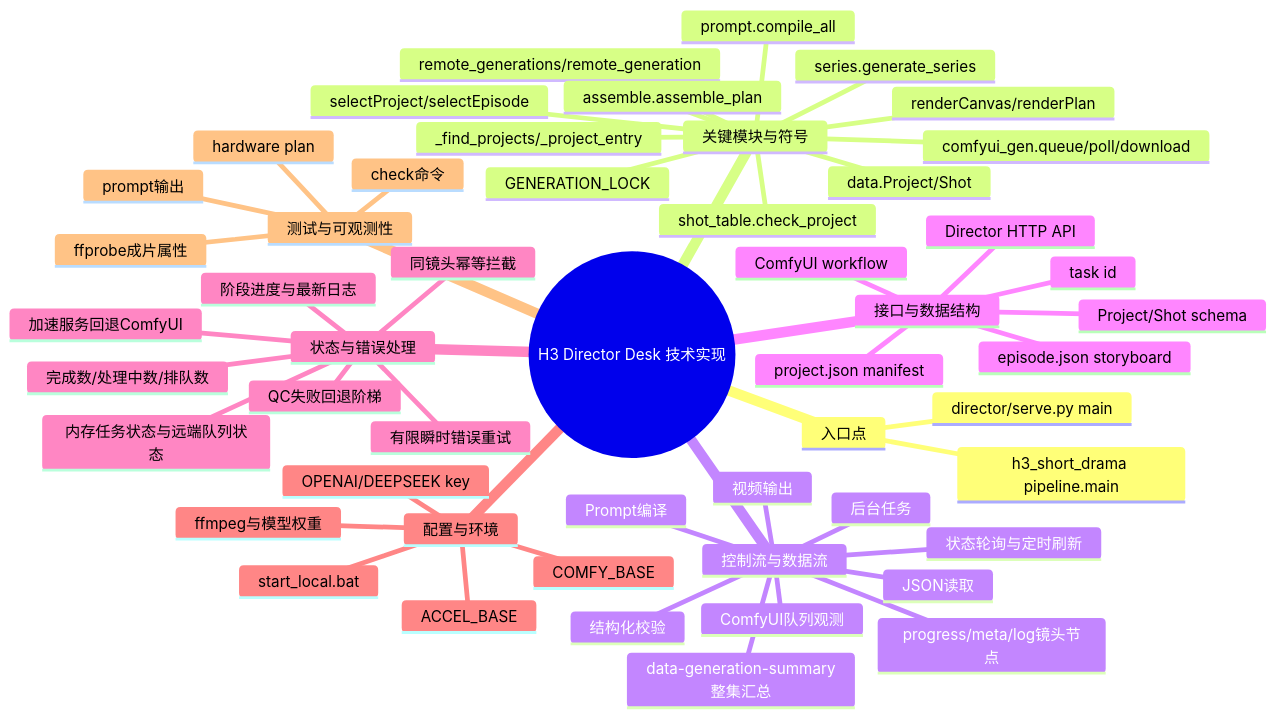
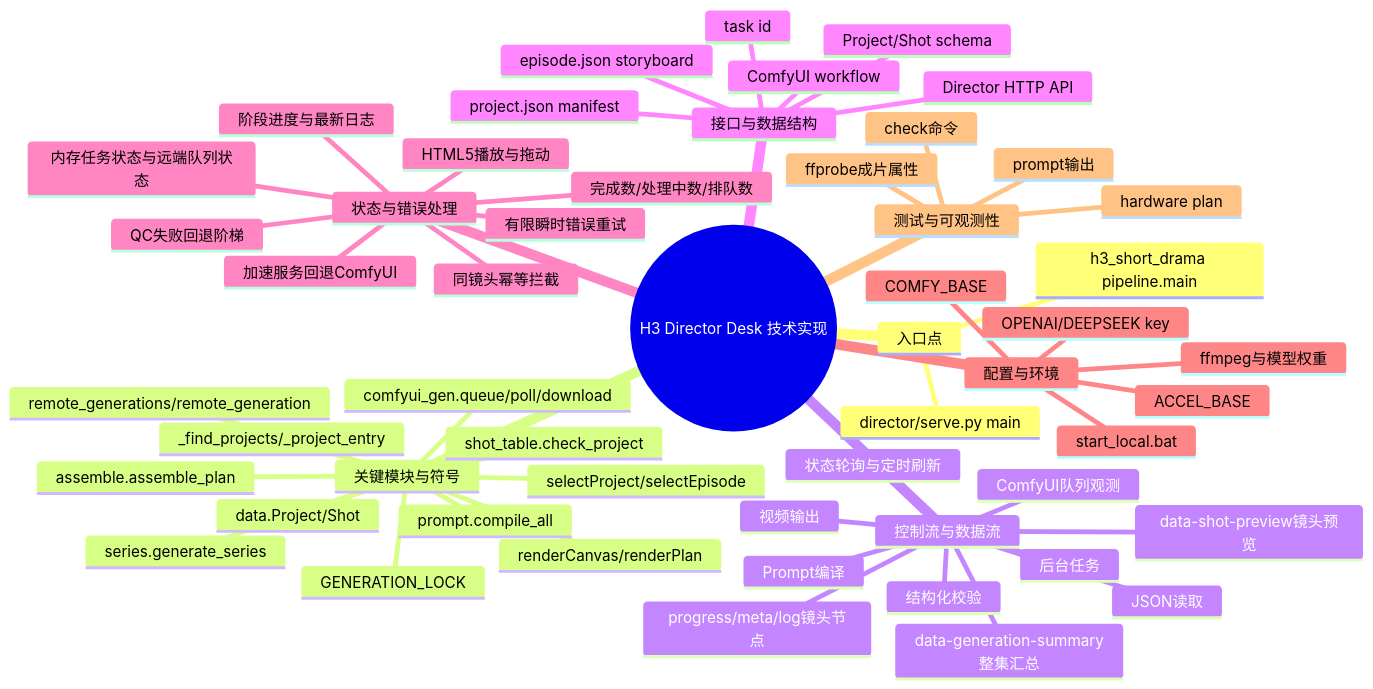
Before and after one commit to Exalex/h3-director-desk: the diagram in docs/project-evolution/mindmaps/technical-implementation.md, drawn with Mermaid. The commit also changed 9 other files, not shown here.

````diff
--- a/docs/project-evolution/mindmaps/technical-implementation.md
+++ b/docs/project-evolution/mindmaps/technical-implementation.md
@@ -3,55 +3,57 @@
 ```mermaid
 mindmap
   root((H3 Director Desk 技术实现))
     入口点
       director/serve.py main
       h3_short_drama pipeline.main
     关键模块与符号
       _find_projects/_project_entry
       selectProject/selectEpisode
       renderCanvas/renderPlan
       data.Project/Shot
       shot_table.check_project
       prompt.compile_all
       comfyui_gen.queue/poll/download
       remote_generations/remote_generation
       GENERATION_LOCK
       series.generate_series
       assemble.assemble_plan
     控制流与数据流
       JSON读取
       结构化校验
       Prompt编译
       后台任务
       ComfyUI队列观测
       状态轮询与定时刷新
       progress/meta/log镜头节点
       data-generation-summary整集汇总
+      data-shot-preview镜头预览
       视频输出
     接口与数据结构
       Director HTTP API
       project.json manifest
       episode.json storyboard
       Project/Shot schema
       ComfyUI workflow
       task id
     状态与错误处理
       内存任务状态与远端队列状态
       同镜头幂等拦截
       阶段进度与最新日志
       完成数/处理中数/排队数
+      HTML5播放与拖动
       有限瞬时错误重试
       加速服务回退ComfyUI
       QC失败回退阶梯
     配置与环境
       COMFY_BASE
       ACCEL_BASE
       OPENAI/DEEPSEEK key
       ffmpeg与模型权重
       start_local.bat
     测试与可观测性
       check命令
       hardware plan
       prompt输出
       ffprobe成片属性
 ```
````
